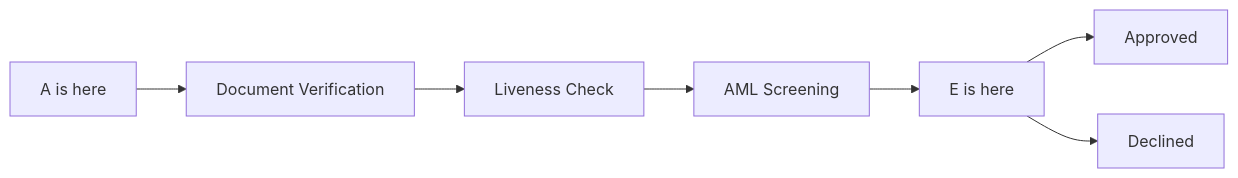
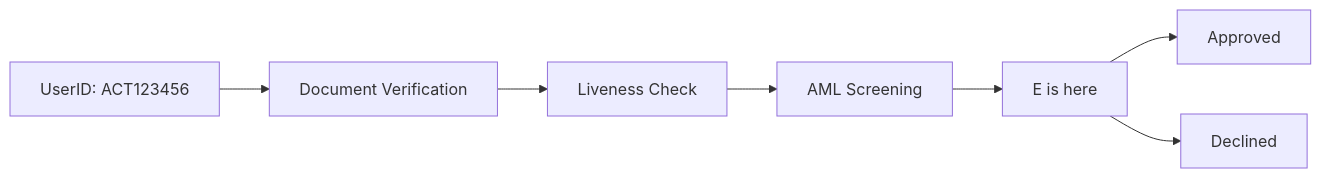
Before and after one commit to Fantastic-Devs/Mintlify: the diagram in id/id.mdx, drawn with Mermaid.

````diff
--- a/id/id.mdx
+++ b/id/id.mdx
@@ -17,17 +17,17 @@
 ```mermaid
 
 graph LR;
-    A["`A is here`"]
+    A["`UserID: ACT123456`"]
     B["`Document Verification`"]
     C["`Liveness Check`"]
     D["`AML Screening`"]
     E["`E is here`"]
     F["`Approved`"]
     G["`Declined`"]
     A--> B;
     B--> C;
     C--> D;
     D--> E;
     E--> F & G;
 
 ```
````
